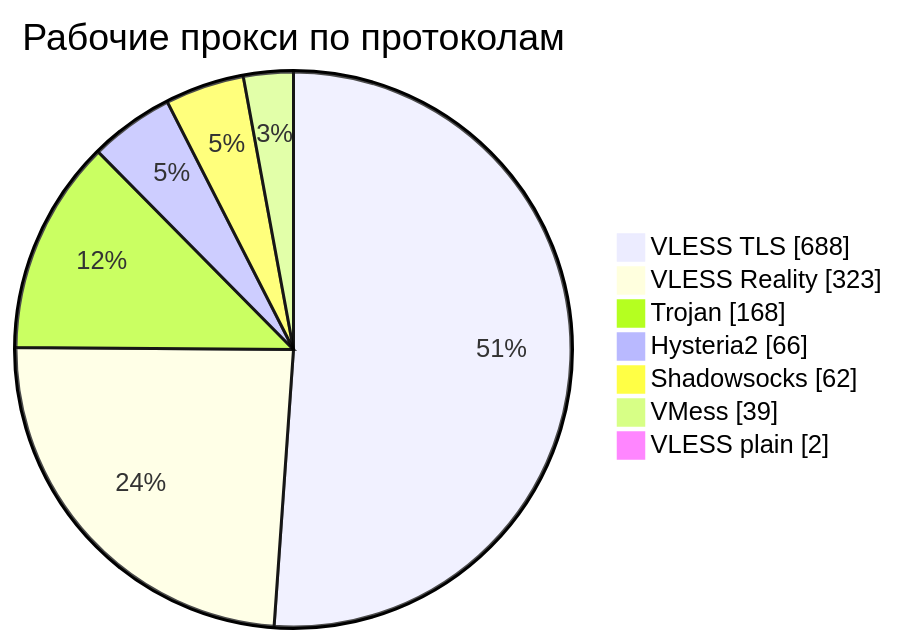
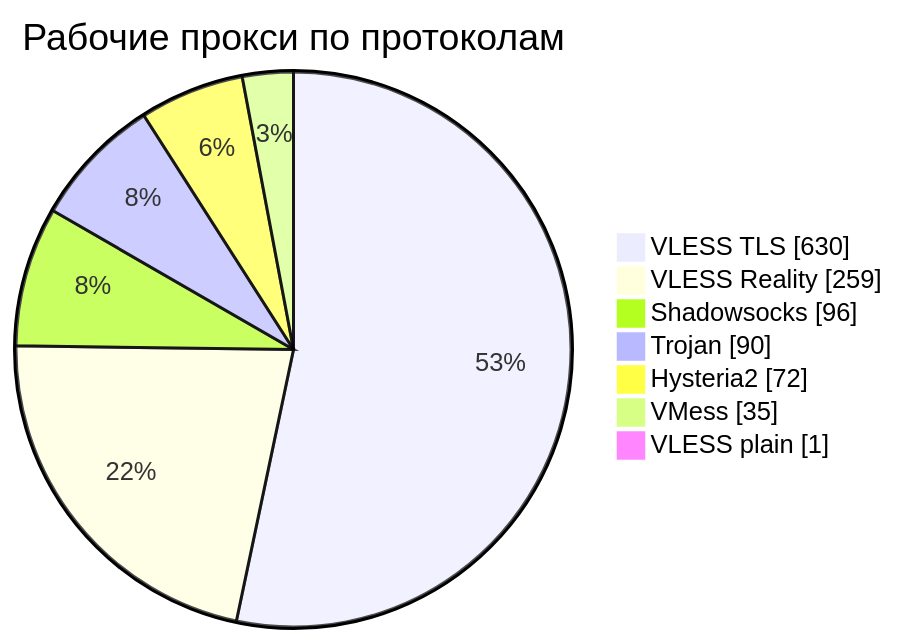
One commit to rvvg/proxy-subs changed the third of 4 diagrams in README.md. Above: the diagram before and after it, drawn with Mermaid. The commit also changed other lines of this file and 48 other files, not shown here.

````diff
--- a/README.md
+++ b/README.md
@@ -137,11 +137,11 @@
 ```mermaid
 pie showData
     title Рабочие прокси по протоколам
-    "VLESS TLS" : 688
-    "VLESS Reality" : 323
-    "Trojan" : 168
-    "Hysteria2" : 66
-    "Shadowsocks" : 62
-    "VMess" : 39
-    "VLESS plain" : 2
+    "VLESS TLS" : 630
+    "VLESS Reality" : 259
+    "Shadowsocks" : 96
+    "Trojan" : 90
+    "Hysteria2" : 72
+    "VMess" : 35
+    "VLESS plain" : 1
 ```
````
